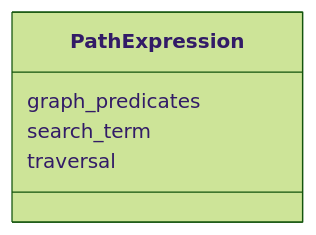
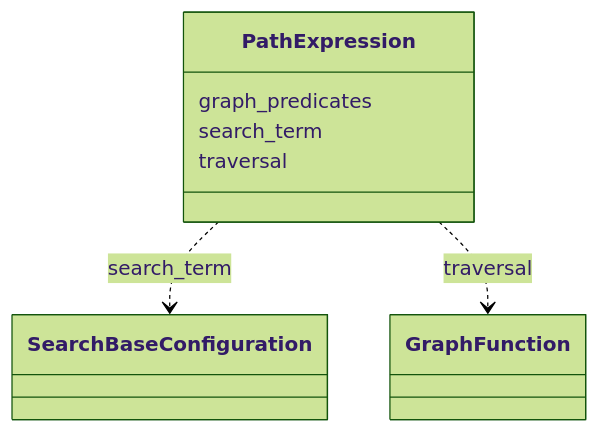
One commit to INCATools/ontology-access-kit changed the diagram in search/PathExpression.md. Above: the diagram before and after it, drawn with Mermaid (forest theme). The commit also changed other lines of this file and 1783 other files, not shown here.

````diff
--- a/search/PathExpression.md
+++ b/search/PathExpression.md
@@ -11,8 +11,15 @@
 ```{mermaid}
  classDiagram
     class PathExpression
       PathExpression : graph_predicates
+        
       PathExpression : search_term
+        
+          PathExpression ..> SearchBaseConfiguration : search_term
+        
       PathExpression : traversal
+        
+          PathExpression ..> GraphFunction : traversal
+        
       
 ```
````
